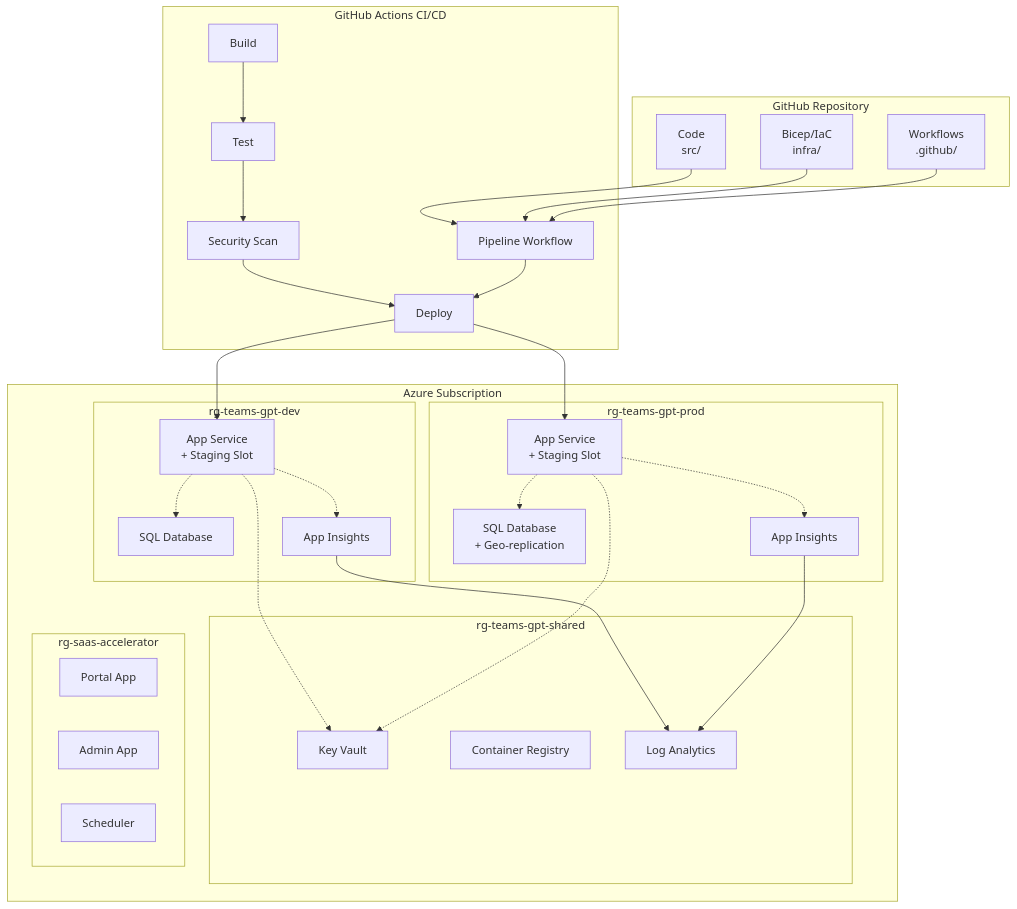
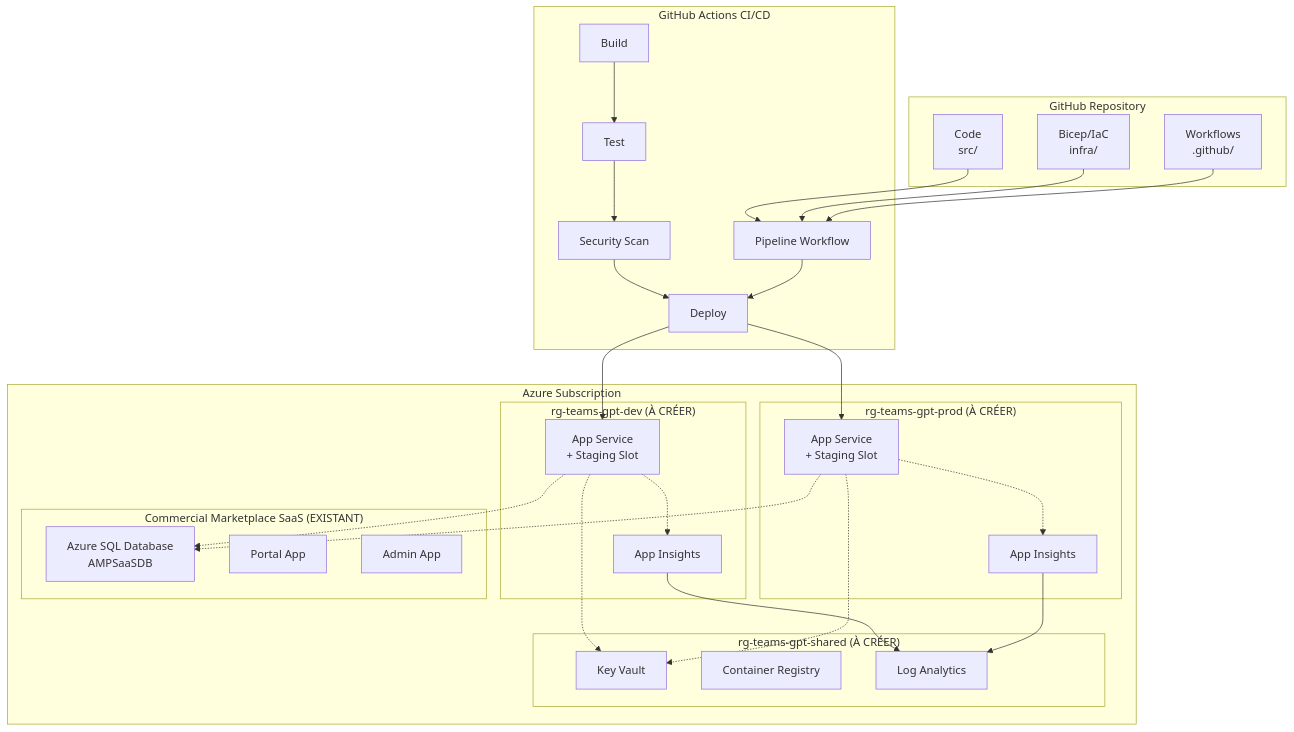
One commit to michel-heon/teams-gpt-saas-acc changed the second of 6 diagrams in doc/architecture/azure-devops-infrastructure.md. Above: the diagram before and after it, drawn with Mermaid. The commit also changed other lines of this file, not shown here.

First line of the commit message:
docs(architecture): CORRECTION - distinguish actual vs target infrastructure

````diff
--- a/doc/architecture/azure-devops-infrastructure.md
+++ b/doc/architecture/azure-devops-infrastructure.md
@@ -52,60 +135,58 @@
 ```mermaid
 graph TB
     subgraph GitHub["GitHub Repository"]
         Code["Code<br/>src/"]
         IaC["Bicep/IaC<br/>infra/"]
         Workflows["Workflows<br/>.github/"]
     end
 
     subgraph GitHubActions["GitHub Actions CI/CD"]
         Pipeline["Pipeline Workflow"]
         Build["Build"] --> Test["Test"]
         Test --> Scan["Security Scan"]
         Scan --> Deploy["Deploy"]
     end
 
     subgraph Azure["Azure Subscription"]
-        subgraph Shared["rg-teams-gpt-shared"]
+        subgraph Shared["rg-teams-gpt-shared (À CRÉER)"]
             KeyVault["Key Vault"]
             ACR["Container Registry"]
             LogAnalytics["Log Analytics"]
         end
 
-        subgraph Dev["rg-teams-gpt-dev"]
+        subgraph Dev["rg-teams-gpt-dev (À CRÉER)"]
             AppDev["App Service<br/>+ Staging Slot"]
-            SQLDev["SQL Database"]
             AIDev["App Insights"]
         end
 
-        subgraph Prod["rg-teams-gpt-prod"]
+        subgraph Prod["rg-teams-gpt-prod (À CRÉER)"]
             AppProd["App Service<br/>+ Staging Slot"]
-            SQLProd["SQL Database<br/>+ Geo-replication"]
             AIProd["App Insights"]
         end
 
-        subgraph SaaS["rg-saas-accelerator"]
+        subgraph SaaS["Commercial Marketplace SaaS (EXISTANT)"]
+            SQLDB["Azure SQL Database<br/>AMPSaaSDB"]
             Portal["Portal App"]
             Admin["Admin App"]
-            Scheduler["Scheduler"]
         end
     end
 
     Code --> Pipeline
     IaC --> Pipeline
     Workflows --> Pipeline
     
     Pipeline --> Deploy
     Deploy --> AppDev
     Deploy --> AppProd
     
-    AppDev -.-> SQLDev
+    AppDev -.-> SQLDB
     AppDev -.-> KeyVault
     AppDev -.-> AIDev
     
-    AppProd -.-> SQLProd
+    AppProd -.-> SQLDB
     AppProd -.-> KeyVault
     AppProd -.-> AIProd
     
     AIDev --> LogAnalytics
     AIProd --> LogAnalytics
 ```
````
